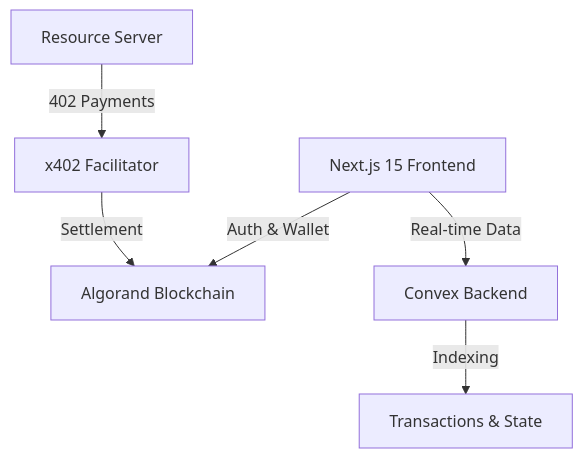
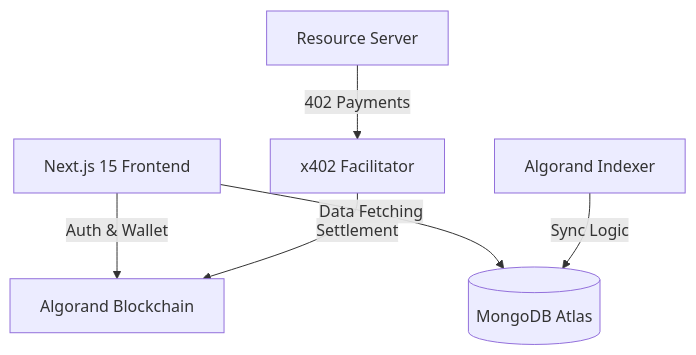
The diagram in ARCHITECTURE.md (praharika26/promptly), drawn with Mermaid before and after one commit. The commit also changed other lines of this file and 10 other files, not shown here.

Commit message:
refactor: migrate backend from Convex to MongoDB and implement x402 payment protocol integration

````diff
--- a/ARCHITECTURE.md
+++ b/ARCHITECTURE.md
@@ -7,8 +7,8 @@
 ```mermaid
 graph TD
     Client[Next.js 15 Frontend] -->|Auth & Wallet| Algorand[Algorand Blockchain]
-    Client -->|Real-time Data| Convex[Convex Backend]
+    Client -->|Data Fetching| MongoDB[(MongoDB Atlas)]
     Facilitator[x402 Facilitator] -->|Settlement| Algorand
     Server[Resource Server] -->|402 Payments| Facilitator
-    Convex -->|Indexing| Transactions[Transactions & State]
+    Indexer[Algorand Indexer] -->|Sync Logic| MongoDB
 ```
````
